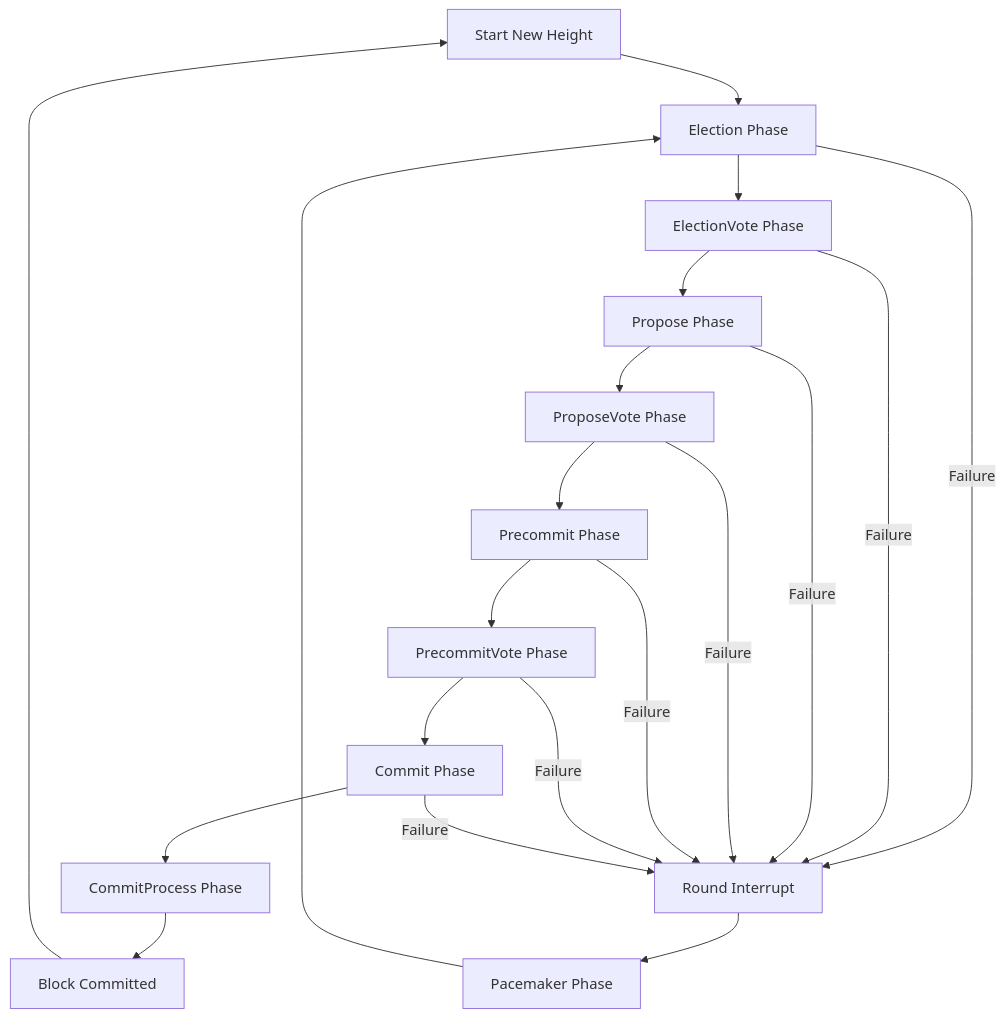
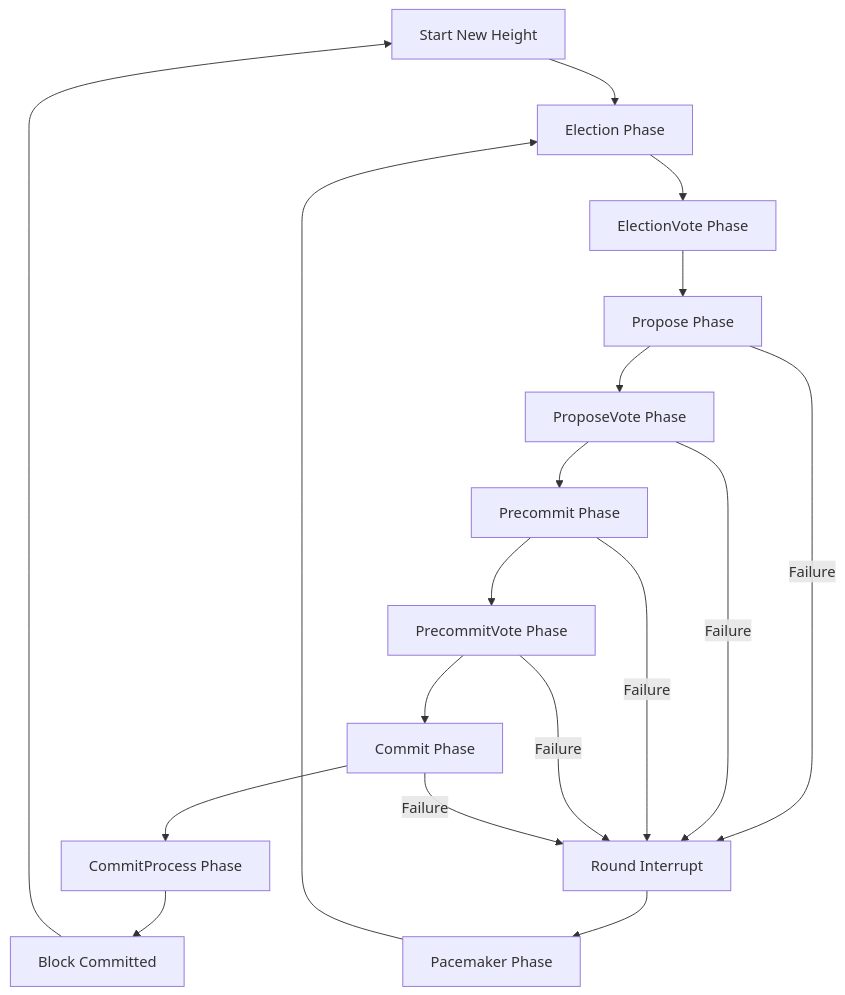
The diagram in bft/README.md (rem1niscence/canopy), drawn with Mermaid before and after one commit.

Commit message:
updated chart

````diff
--- a/bft/README.md
+++ b/bft/README.md
@@ -37,24 +37,22 @@
 ```mermaid
 graph TD
     A[Start New Height] --> B[Election Phase]
     B --> C[ElectionVote Phase]
     C --> D[Propose Phase]
     D --> E[ProposeVote Phase]
     E --> F[Precommit Phase]
     F --> G[PrecommitVote Phase]
     G --> H[Commit Phase]
     H --> I[CommitProcess Phase]
     I --> J[Block Committed]
     J --> A
 
-    B -- Failure --> K[Round Interrupt]
-    C -- Failure --> K
-    D -- Failure --> K
+    D -- Failure --> K[Round Interrupt]
     E -- Failure --> K
     F -- Failure --> K
     G -- Failure --> K
     H -- Failure --> K
 
     K --> L[Pacemaker Phase]
     L --> B
 ```
````
